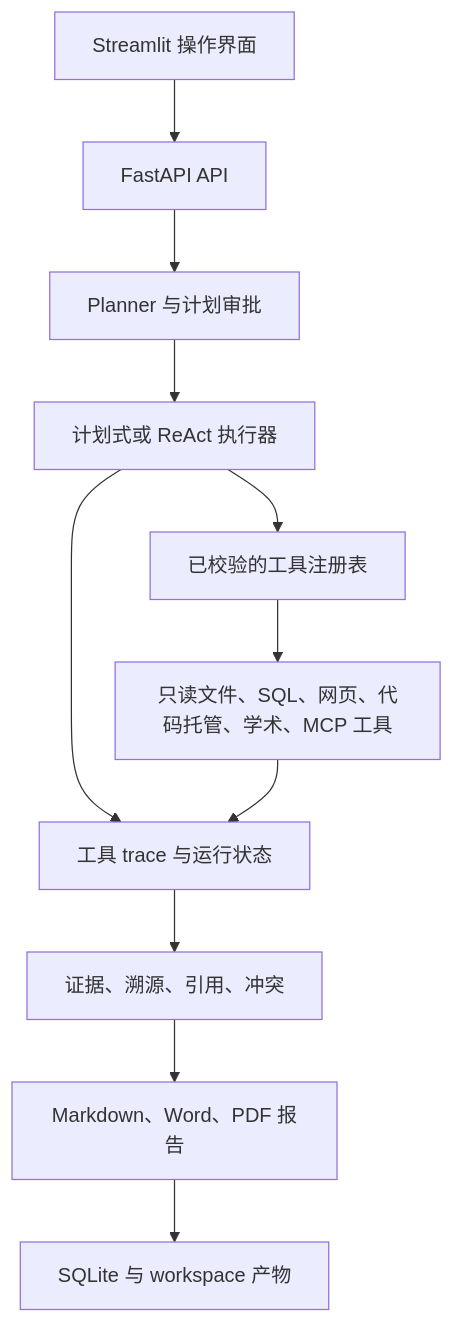
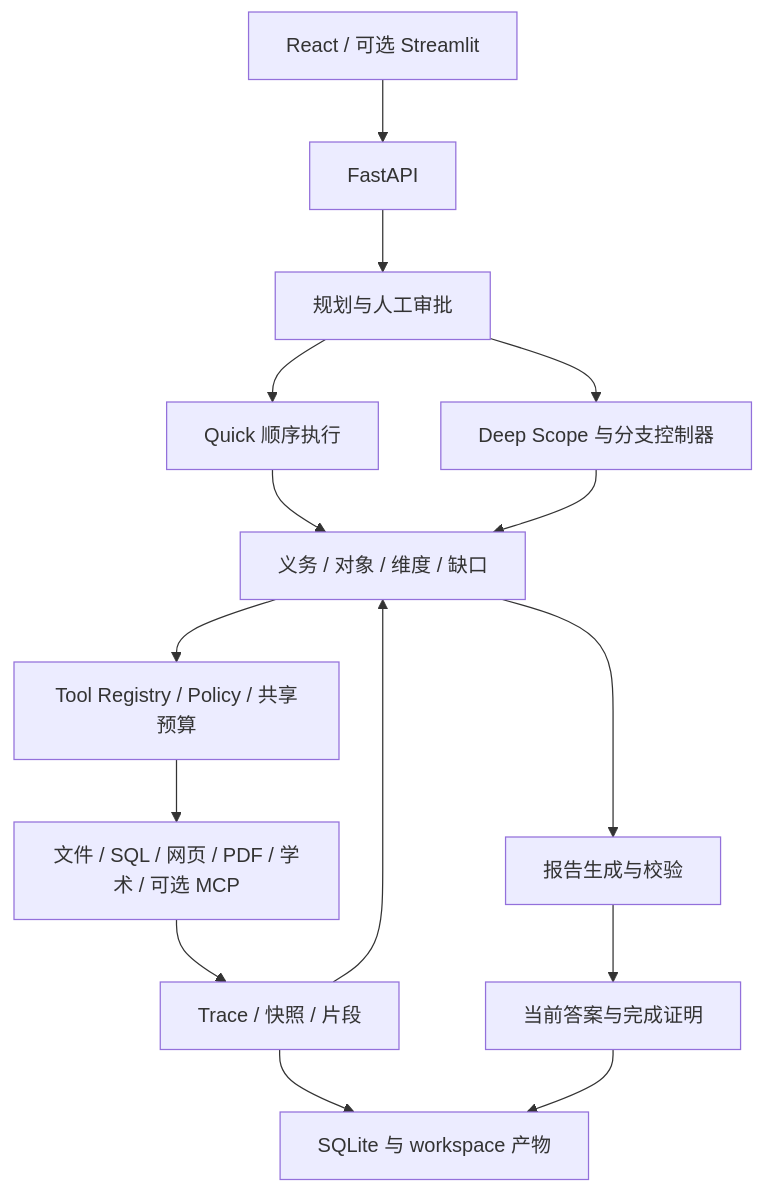
Before and after one commit to piao666/traceable-research-agent: the diagram in README_zh.md, drawn with Mermaid. The commit also changed other lines of this file and 1 other file, not shown here.

````diff
--- a/README_zh.md
+++ b/README_zh.md
@@ -616,13 +320,17 @@
 ```mermaid
 flowchart TD
-    UI["Streamlit 操作界面"] --> API["FastAPI API"]
-    API --> Planner["Planner 与计划审批"]
-    Planner --> Executor["计划式或 ReAct 执行器"]
-    Executor --> Registry["已校验的工具注册表"]
-    Registry --> Tools["只读文件、SQL、网页、代码托管、学术、MCP 工具"]
-    Executor --> Trace["工具 trace 与运行状态"]
-    Tools --> Trace
-    Trace --> Evidence["证据、溯源、引用、冲突"]
-    Evidence --> Reporter["Markdown、Word、PDF 报告"]
-    Reporter --> Storage["SQLite 与 workspace 产物"]
+    UI[React / 可选 Streamlit] --> API[FastAPI]
+    API --> Plan[规划与人工审批]
+    Plan --> Quick[Quick 顺序执行]
+    Plan --> Deep[Deep Scope 与分支控制器]
+    Quick --> Work[义务 / 对象 / 维度 / 缺口]
+    Deep --> Work
+    Work --> Tools[Tool Registry / Policy / 共享预算]
+    Tools --> Inputs[文件 / SQL / 网页 / PDF / 学术 / 可选 MCP]
+    Inputs --> Evidence[Trace / 快照 / 片段]
+    Evidence --> Work
+    Work --> Report[报告生成与校验]
+    Report --> Proof[当前答案与完成证明]
+    Evidence --> Store[SQLite 与 workspace 产物]
+    Proof --> Store
 ```
````
